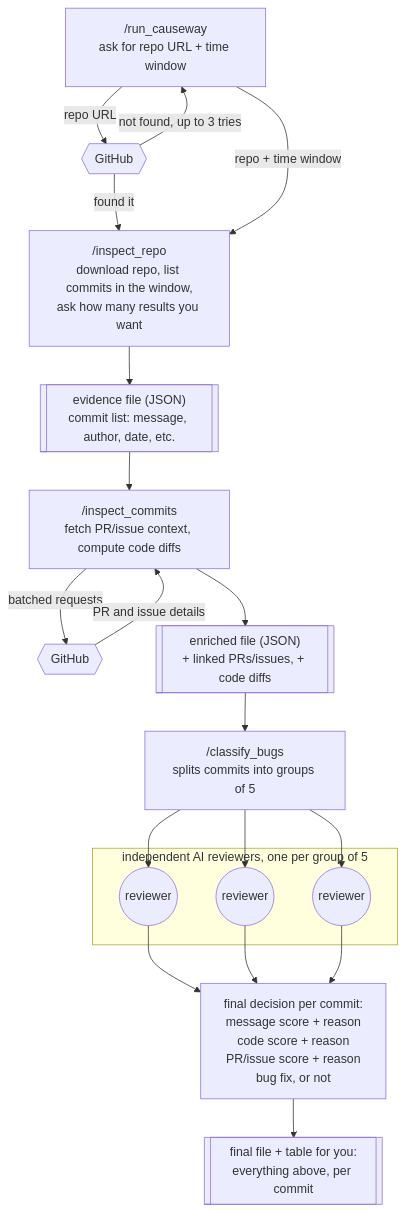
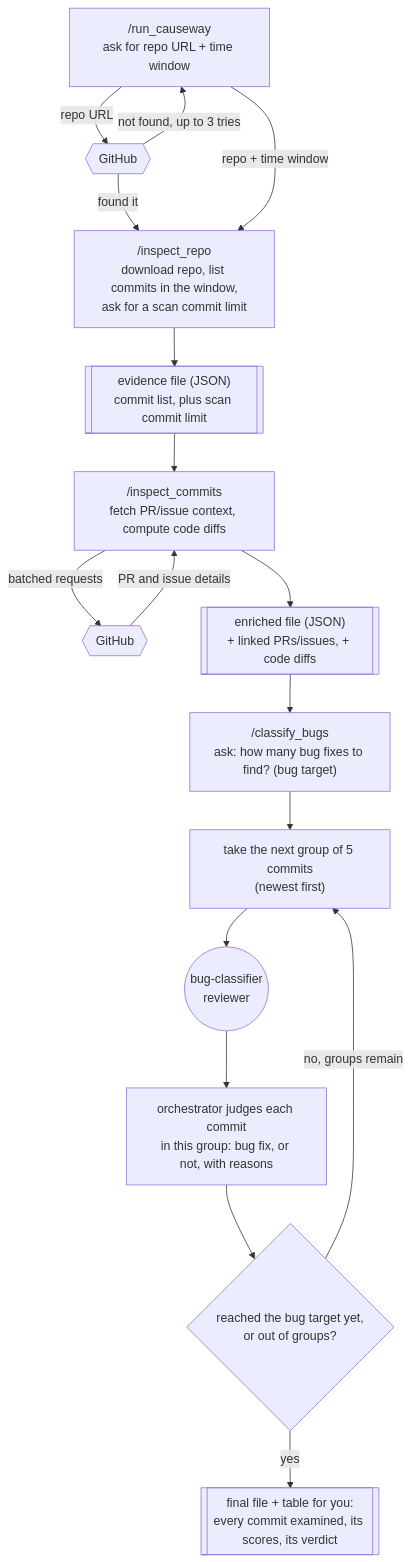
One commit to Preet0504/causeway changed the diagram in README.md. Above: the diagram before and after it, drawn with Mermaid. The commit also changed other lines of this file and 6 other files, not shown here.

First line of the commit message:
Split bugCap into scanCommitLimit and bugTarget

````diff
--- a/README.md
+++ b/README.md
@@ -213,42 +228,38 @@
 ```mermaid
 flowchart TD
     RC["/run_causeway<br/>ask for repo URL + time window"]
     GH1{{GitHub}}
     RC -- "repo URL" --> GH1
     GH1 -- "not found, up to 3 tries" --> RC
     GH1 -- "found it" --> IR
 
-    IR["/inspect_repo<br/>download repo, list commits in the window,<br/>ask how many results you want"]
+    IR["/inspect_repo<br/>download repo, list commits in the window,<br/>ask for a scan commit limit"]
     RC -- "repo + time window" --> IR
 
-    EV[["evidence file (JSON)<br/>commit list: message, author, date, etc."]]
+    EV[["evidence file (JSON)<br/>commit list, plus scan commit limit"]]
     IR --> EV
 
     IC["/inspect_commits<br/>fetch PR/issue context, compute code diffs"]
     EV --> IC
     IC -- "batched requests" --> GH2{{GitHub}}
     GH2 -- "PR and issue details" --> IC
 
     EN[["enriched file (JSON)<br/>+ linked PRs/issues, + code diffs"]]
     IC --> EN
 
-    CB["/classify_bugs<br/>splits commits into groups of 5"]
+    CB["/classify_bugs<br/>ask: how many bug fixes to find? (bug target)"]
     EN --> CB
 
-    subgraph Reviewers["independent AI reviewers, one per group of 5"]
-        R1(("reviewer"))
-        R2(("reviewer"))
-        R3(("reviewer"))
-    end
-    CB --> R1
-    CB --> R2
-    CB --> R3
+    NEXTBATCH["take the next group of 5 commits<br/>(newest first)"]
+    CB --> NEXTBATCH
+    REV(("bug-classifier<br/>reviewer"))
+    NEXTBATCH --> REV
+    JUDGE["orchestrator judges each commit<br/>in this group: bug fix, or not, with reasons"]
+    REV --> JUDGE
+    CHECK{"reached the bug target yet,<br/>or out of groups?"}
+    JUDGE --> CHECK
+    CHECK -- "no, groups remain" --> NEXTBATCH
+    CHECK -- "yes" --> RESULT
 
-    VERDICT["final decision per commit:<br/>message score + reason<br/>code score + reason<br/>PR/issue score + reason<br/>bug fix, or not"]
-    R1 --> VERDICT
-    R2 --> VERDICT
-    R3 --> VERDICT
-
-    RESULT[["final file + table for you:<br/>everything above, per commit"]]
-    VERDICT --> RESULT
+    RESULT[["final file + table for you:<br/>every commit examined, its scores, its verdict"]]
 ```
````
